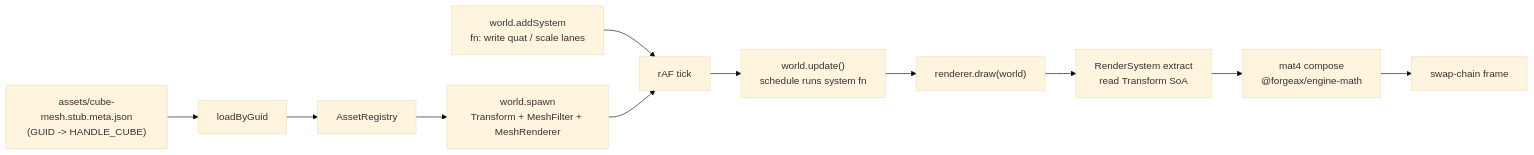
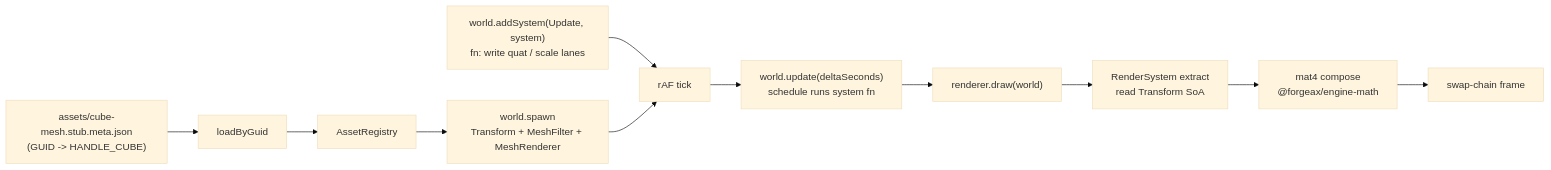
One commit to ForgeaX-Games/forgeax-editor changed the diagram in packages/engine/apps/learn-render/1.getting-started/5.transformations/README.md. Above: the diagram before and after it, drawn with Mermaid (base theme). The commit also changed other lines of this file and 799 other files, not shown here.

````diff
--- a/packages/engine/apps/learn-render/1.getting-started/5.transformations/README.md
+++ b/packages/engine/apps/learn-render/1.getting-started/5.transformations/README.md
@@ -28,13 +28,13 @@
 ```mermaid
 flowchart LR
   Disk["assets/cube-mesh.stub.meta.json<br/>(GUID -> HANDLE_CUBE)"] --> RT["loadByGuid<MeshAsset>"]
   RT --> Reg["AssetRegistry"]
   Reg --> Spawn["world.spawn<br/>Transform + MeshFilter + MeshRenderer"]
-  AddSys["world.addSystem<br/>fn: write quat / scale lanes"] --> Tick
+  AddSys["world.addSystem(Update, system)<br/>fn: write quat / scale lanes"] --> Tick
   Spawn --> Tick["rAF tick"]
-  Tick --> Update["world.update()<br/>schedule runs system fn"]
+  Tick --> Update["world.update(deltaSeconds)<br/>schedule runs system fn"]
   Update --> Draw["renderer.draw(world)"]
   Draw --> RS["RenderSystem extract<br/>read Transform SoA"]
   RS --> Compose["mat4 compose<br/>@forgeax/engine-math"]
   Compose --> Frame["swap-chain frame"]
 ```
````
